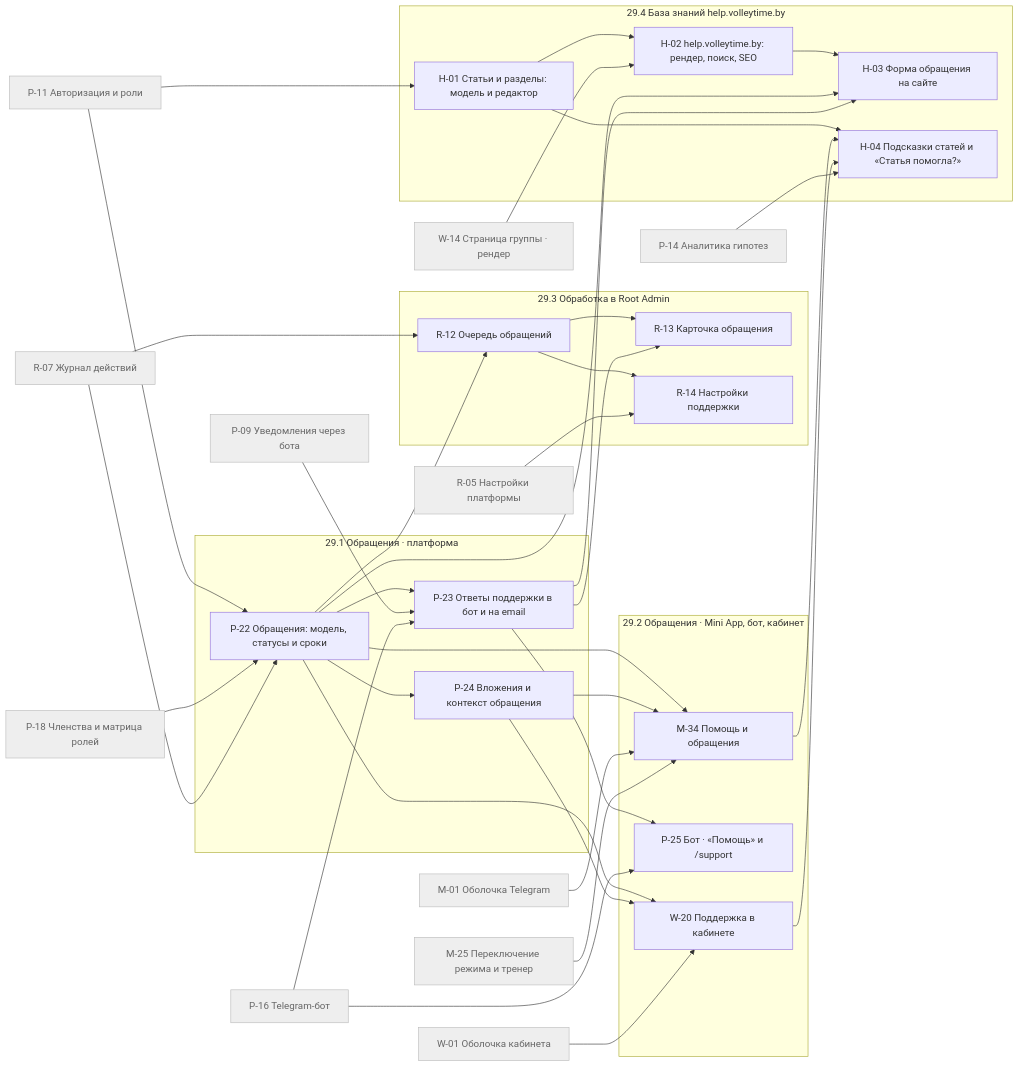
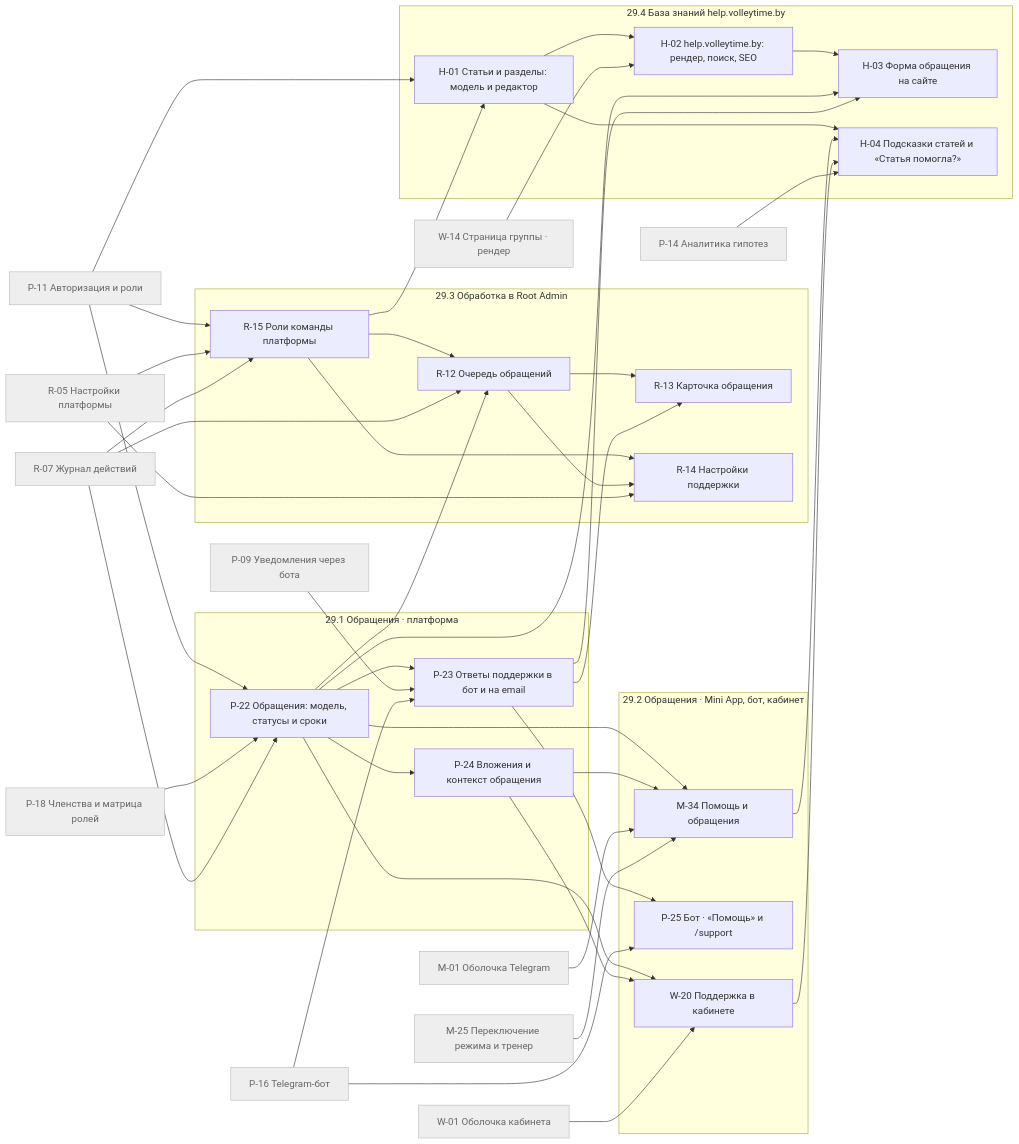
Before and after one commit to trafficolog/volleytime: the diagram in docs/design/reference-v3/specs/29-support/README.md, drawn with Mermaid. The commit also changed other lines of this file and 80 other files, not shown here.

First line of the commit message:
docs(19.0.4): решения владельца 2026-11-24 и роли команды платформы

````diff
--- a/docs/design/reference-v3/specs/29-support/README.md
+++ b/docs/design/reference-v3/specs/29-support/README.md
@@ -68,68 +72,75 @@
 ```mermaid
 graph LR
   M_01["M-01 Оболочка Telegram"]:::done
   M_25["M-25 Переключение режима и тренер"]:::done
   P_09["P-09 Уведомления через бота"]:::done
   P_11["P-11 Авторизация и роли"]:::done
   P_14["P-14 Аналитика гипотез"]:::done
   P_16["P-16 Telegram-бот"]:::done
   P_18["P-18 Членства и матрица ролей"]:::done
   R_05["R-05 Настройки платформы"]:::done
   R_07["R-07 Журнал действий"]:::done
   W_01["W-01 Оболочка кабинета"]:::done
   W_14["W-14 Страница группы · рендер"]:::done
   subgraph E29_1["29.1 Обращения · платформа"]
     P_22["P-22 Обращения: модель, статусы и сроки"]
     P_23["P-23 Ответы поддержки в бот и на email"]
     P_24["P-24 Вложения и контекст обращения"]
   end
   subgraph E29_2["29.2 Обращения · Mini App, бот, кабинет"]
     M_34["M-34 Помощь и обращения"]
     P_25["P-25 Бот · «Помощь» и /support"]
     W_20["W-20 Поддержка в кабинете"]
   end
   subgraph E29_3["29.3 Обработка в Root Admin"]
+    R_15["R-15 Роли команды платформы"]
     R_12["R-12 Очередь обращений"]
     R_13["R-13 Карточка обращения"]
     R_14["R-14 Настройки поддержки"]
   end
   subgraph E29_4["29.4 База знаний help.volleytime.by"]
     H_01["H-01 Статьи и разделы: модель и редактор"]
     H_02["H-02 help.volleytime.by: рендер, поиск, SEO"]
     H_03["H-03 Форма обращения на сайте"]
     H_04["H-04 Подсказки статей и «Статья помогла?»"]
   end
   P_11 --> P_22
   P_18 --> P_22
   R_07 --> P_22
   P_22 --> P_23
   P_09 --> P_23
   P_16 --> P_23
   P_22 --> P_24
   P_22 --> M_34
   P_24 --> M_34
   M_01 --> M_34
   M_25 --> M_34
   P_23 --> P_25
   P_16 --> P_25
   P_22 --> W_20
   P_24 --> W_20
   W_01 --> W_20
+  P_11 --> R_15
+  R_05 --> R_15
+  R_07 --> R_15
+  R_15 --> R_12
+  R_15 --> R_14
+  R_15 --> H_01
   P_22 --> R_12
   R_07 --> R_12
   R_12 --> R_13
   P_23 --> R_13
   R_12 --> R_14
   R_05 --> R_14
   P_11 --> H_01
   H_01 --> H_02
   W_14 --> H_02
   H_02 --> H_03
   P_22 --> H_03
   P_23 --> H_03
   H_01 --> H_04
   M_34 --> H_04
   W_20 --> H_04
   P_14 --> H_04
   classDef done fill:#eee,stroke:#bbb,color:#666
 ```
````
